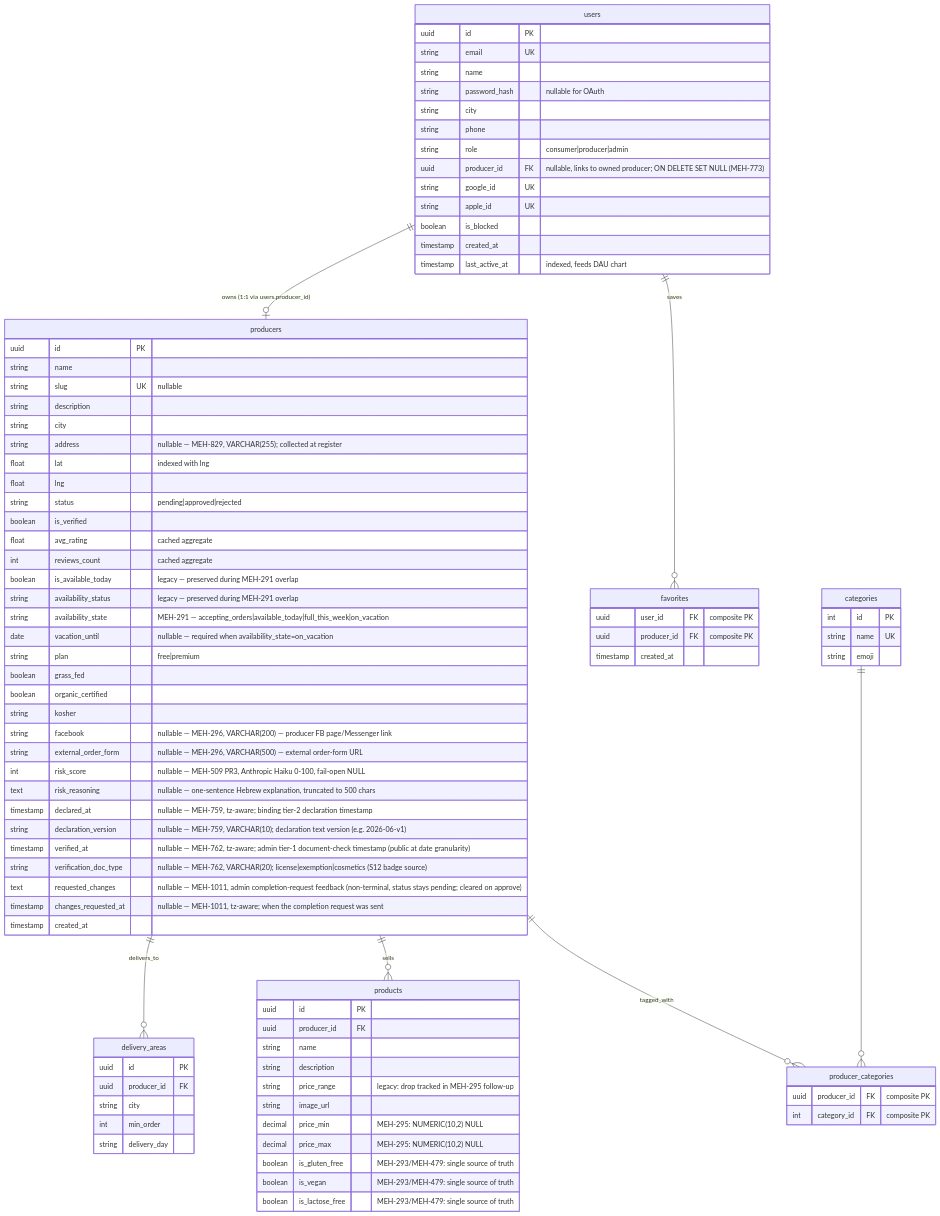
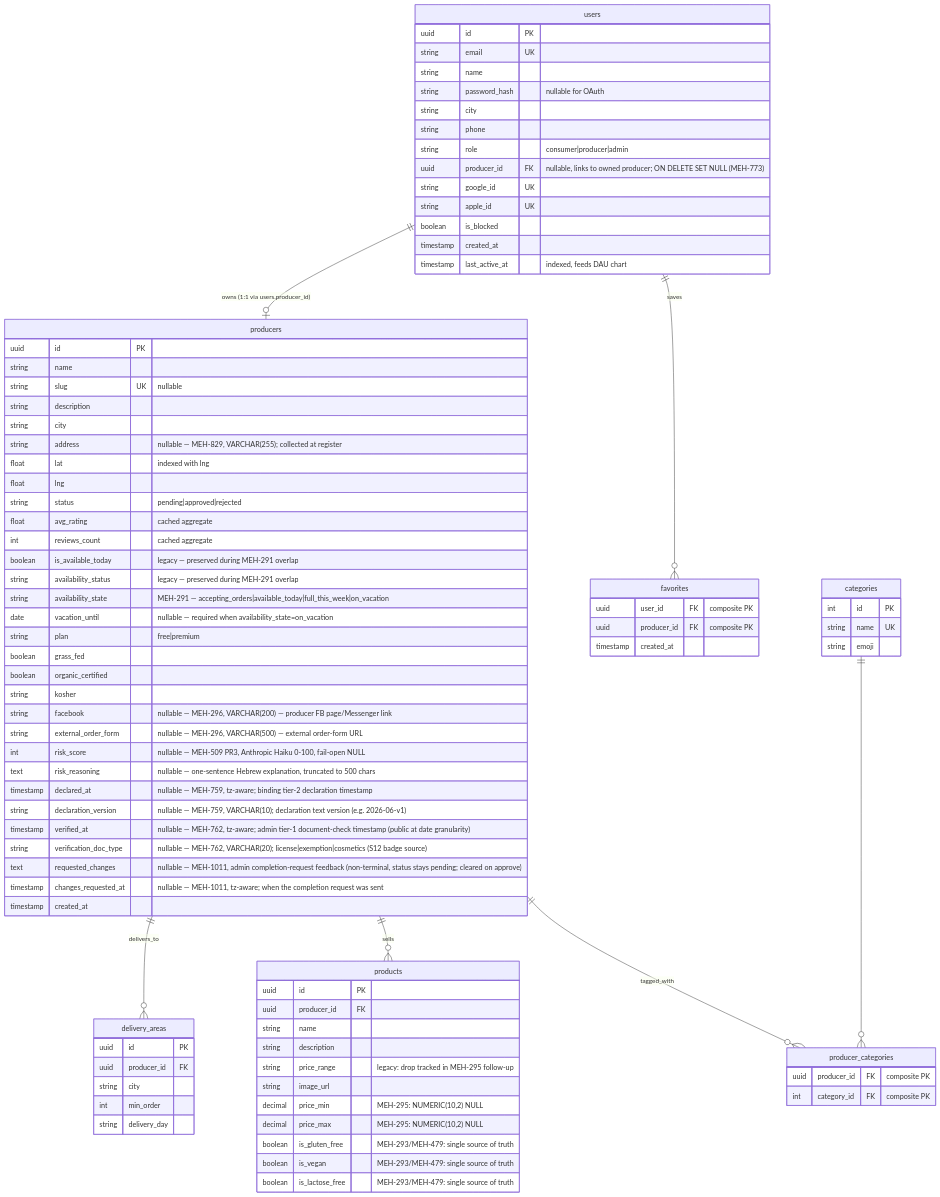
Before and after one commit to levismadar80-ship-it/FoodMamkor: the first of 4 diagrams in .ai/diagrams/db-schema.md, drawn with Mermaid. The commit also changed 27 other files, not shown here.

```diff
--- a/.ai/diagrams/db-schema.md
+++ b/.ai/diagrams/db-schema.md
@@ -47,7 +47,6 @@
         float lat "indexed with lng"
         float lng
         string status "pending|approved|rejected"
-        boolean is_verified
         float avg_rating "cached aggregate"
         int reviews_count "cached aggregate"
         boolean is_available_today "legacy — preserved during MEH-291 overlap"
```
